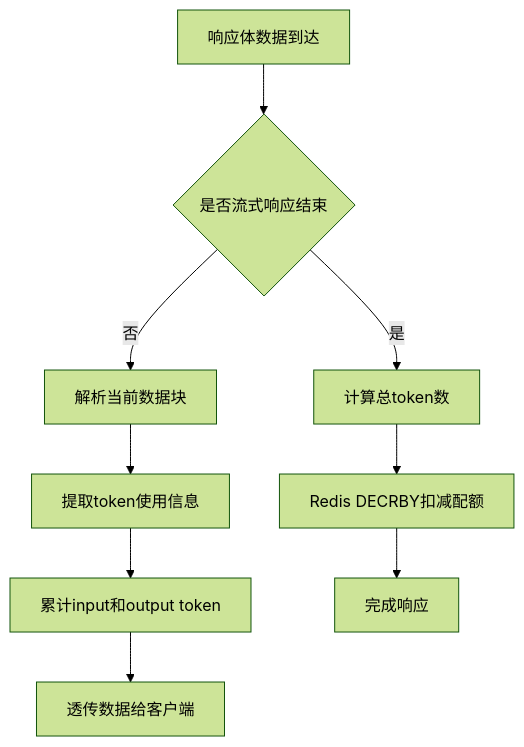
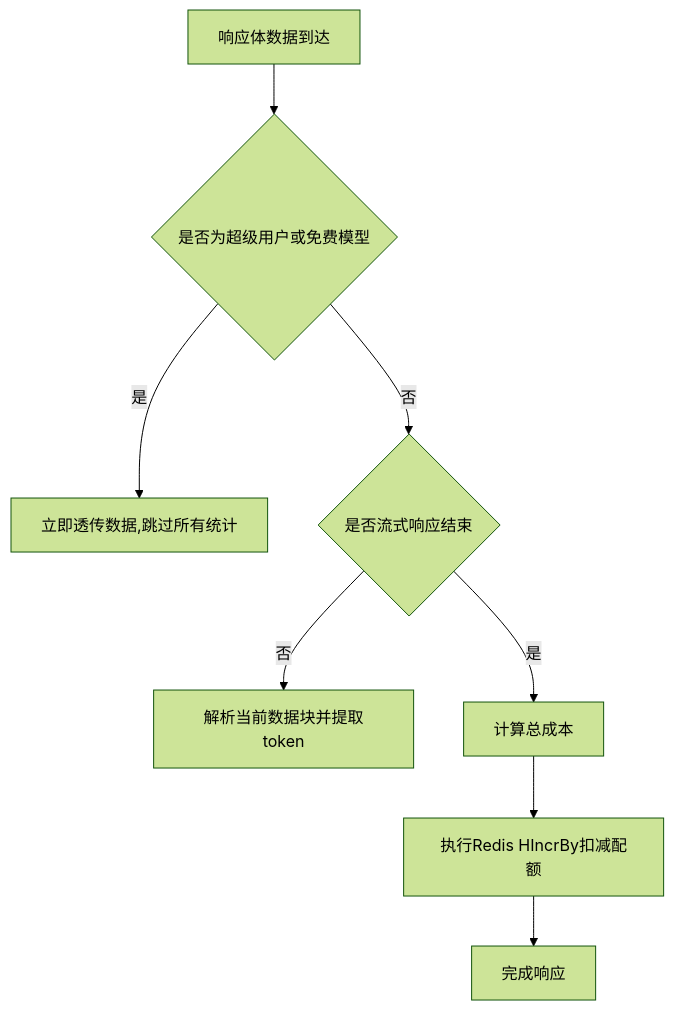
The third of 3 diagrams in plugins/wasm-go/extensions/ai-quota/README.md (amamibamihong/higress), drawn with Mermaid (forest theme) before and after one commit. The commit also changed other lines of this file and 5 other files, not shown here.

````diff
--- a/plugins/wasm-go/extensions/ai-quota/README.md
+++ b/plugins/wasm-go/extensions/ai-quota/README.md
@@ -191,11 +197,10 @@
 ```mermaid
 graph TD
-    A[响应体数据到达] --> B{是否流式响应结束}
-    B -->|否| C[解析当前数据块]
-    C --> D[提取token使用信息]
-    D --> E[累计input和output token]
-    E --> F[透传数据给客户端]
-    B -->|是| G[计算总token数]
-    G --> H[Redis DECRBY扣减配额]
-    H --> I[完成响应]
+    A[响应体数据到达] --> B{是否为超级用户或免费模型}
+    B -->|是| C[立即透传数据,跳过所有统计]
+    B -->|否| D{是否流式响应结束}
+    D -->|否| E[解析当前数据块并提取token]
+    D -->|是| F[计算总成本]
+    F --> G[执行Redis HIncrBy扣减配额]
+    G --> H[完成响应]
 ```
````
